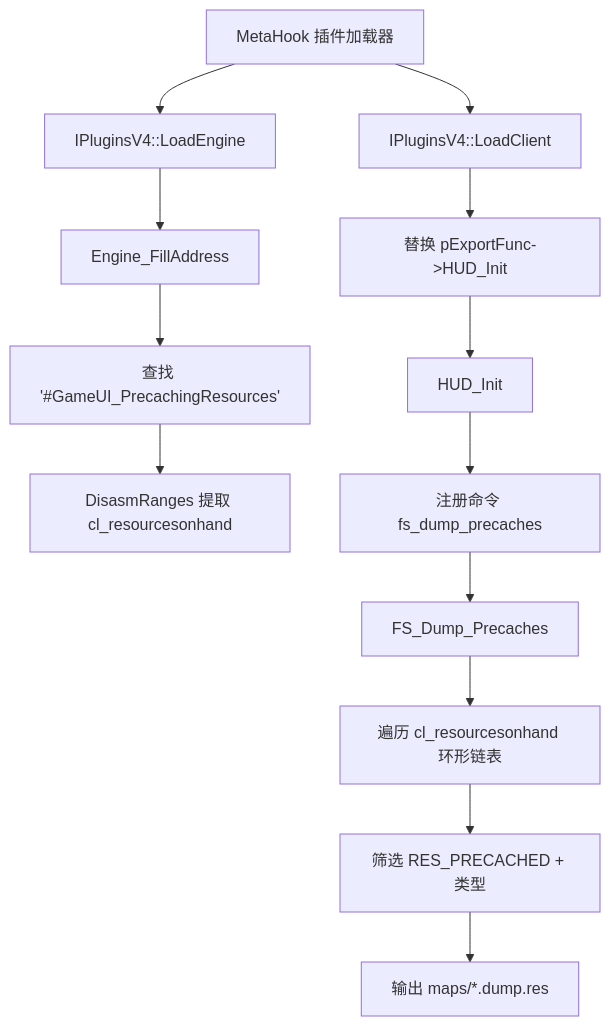
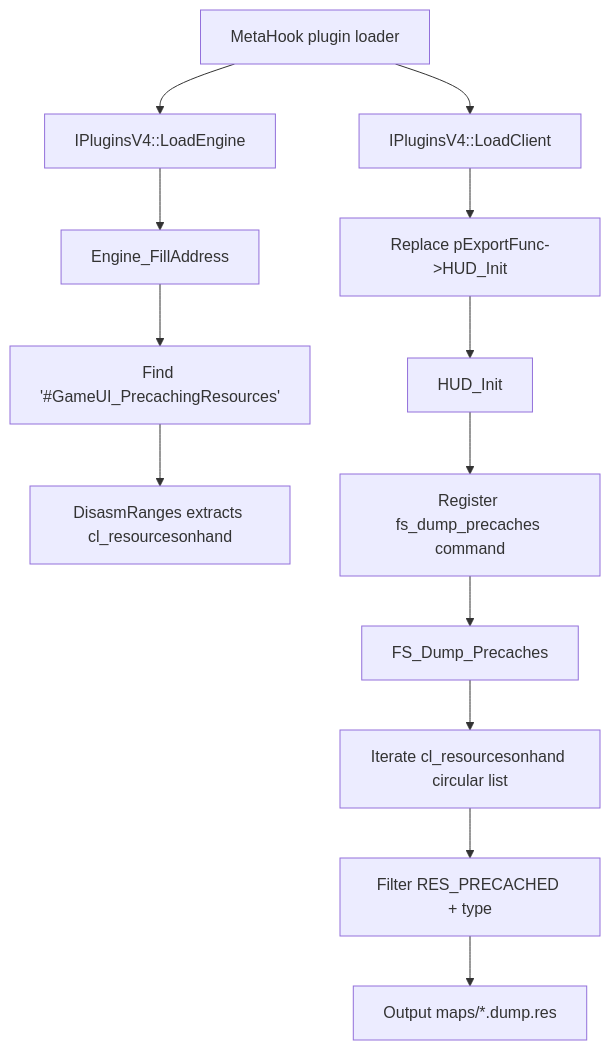
Before and after one commit to hzqst/MetaHookSv: the diagram in memory/PrecacheManager.md, drawn with Mermaid. The commit also changed other lines of this file and 47 other files, not shown here.

````diff
--- a/memory/PrecacheManager.md
+++ b/memory/PrecacheManager.md
@@ -39,17 +39,17 @@
 ```mermaid
 flowchart TD
-    A[MetaHook 插件加载器] --> B[IPluginsV4::LoadEngine]
+    A[MetaHook plugin loader] --> B[IPluginsV4::LoadEngine]
     B --> C[Engine_FillAddress]
-    C --> D[查找 '#GameUI_PrecachingResources']
-    D --> E[DisasmRanges 提取 cl_resourcesonhand]
+    C --> D[Find '#GameUI_PrecachingResources']
+    D --> E[DisasmRanges extracts cl_resourcesonhand]
 
     A --> F[IPluginsV4::LoadClient]
-    F --> G[替换 pExportFunc->HUD_Init]
+    F --> G[Replace pExportFunc->HUD_Init]
     G --> H[HUD_Init]
-    H --> I[注册命令 fs_dump_precaches]
+    H --> I[Register fs_dump_precaches command]
 
     I --> J[FS_Dump_Precaches]
-    J --> K[遍历 cl_resourcesonhand 环形链表]
-    K --> L[筛选 RES_PRECACHED + 类型]
-    L --> M[输出 maps/*.dump.res]
+    J --> K[Iterate cl_resourcesonhand circular list]
+    K --> L[Filter RES_PRECACHED + type]
+    L --> M[Output maps/*.dump.res]
 ```
````
